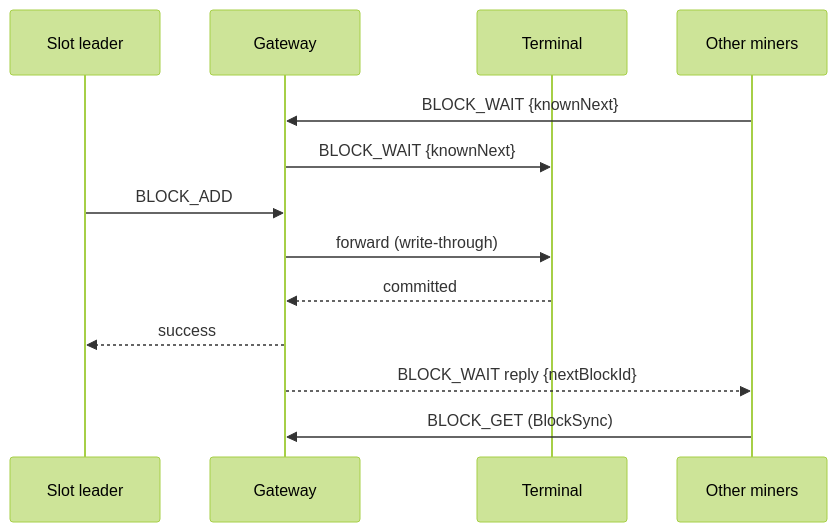
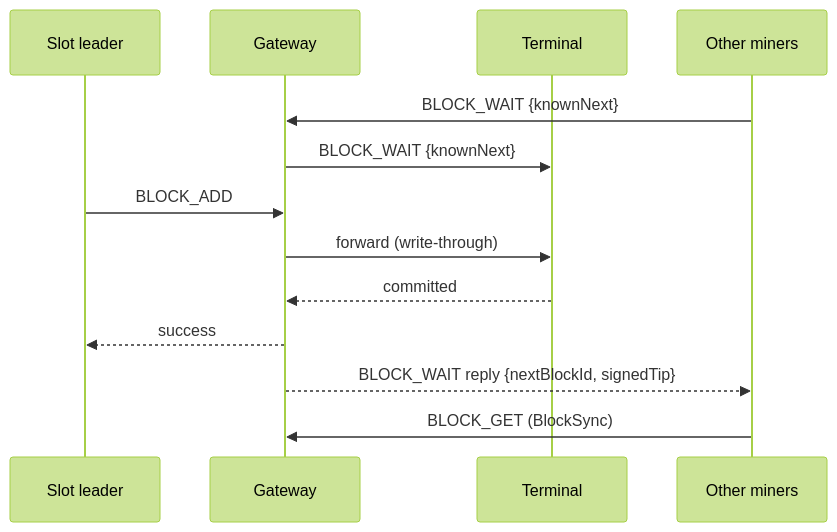
One commit to people-post/pp-ledger changed the diagram in docs/architecture/LEDGER_TOPOLOGY.md. Above: the diagram before and after it, drawn with Mermaid (forest theme). The commit also changed other lines of this file and 29 other files, not shown here.

````diff
--- a/docs/architecture/LEDGER_TOPOLOGY.md
+++ b/docs/architecture/LEDGER_TOPOLOGY.md
@@ -151,16 +151,16 @@
 ```mermaid
 sequenceDiagram
   participant L as Slot leader
   participant G as Gateway
   participant T as Terminal
   participant V as Other miners
 
   V->>G: BLOCK_WAIT {knownNext}
   G->>T: BLOCK_WAIT {knownNext}
   L->>G: BLOCK_ADD
   G->>T: forward (write-through)
   T-->>G: committed
   G-->>L: success
-  G-->>V: BLOCK_WAIT reply {nextBlockId}
+  G-->>V: BLOCK_WAIT reply {nextBlockId, signedTip}
   V->>G: BLOCK_GET (BlockSync)
 ```
````
